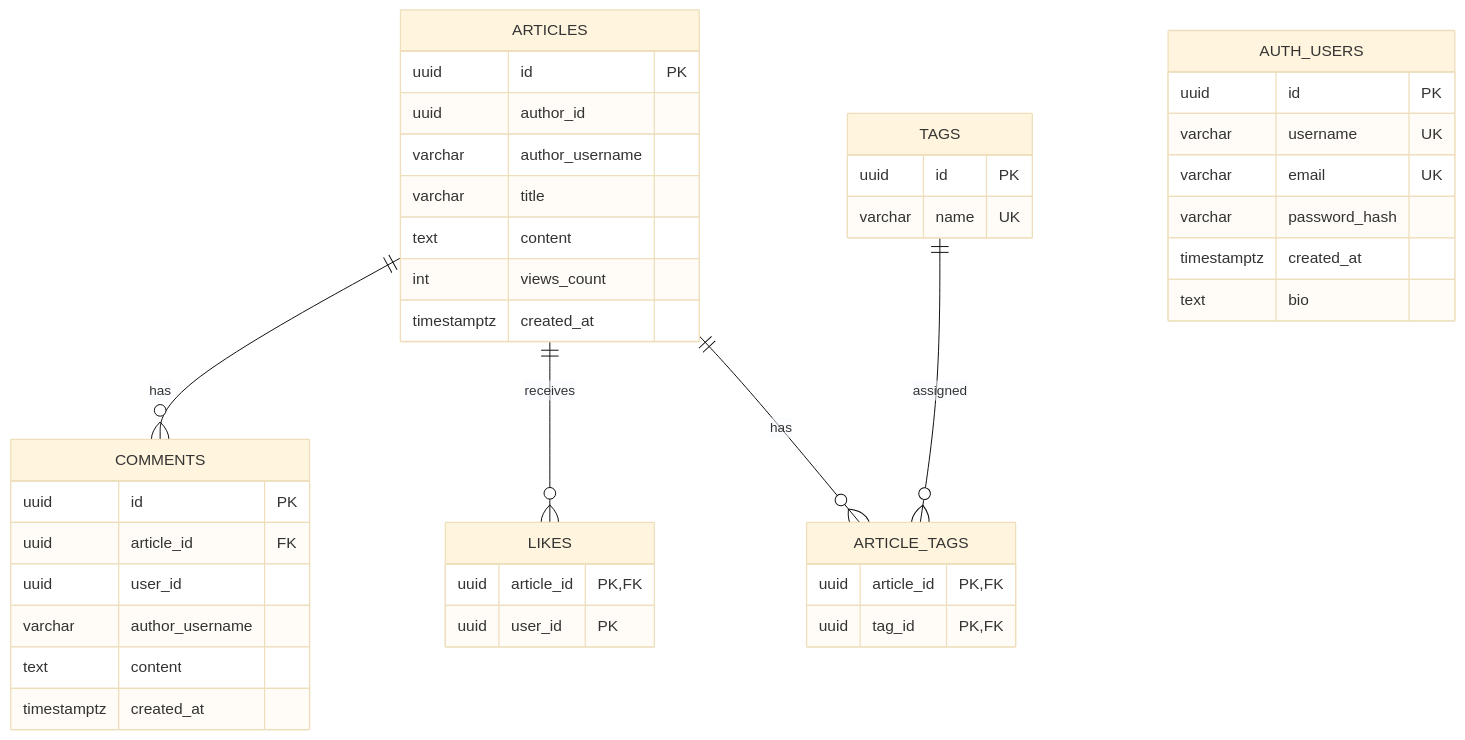
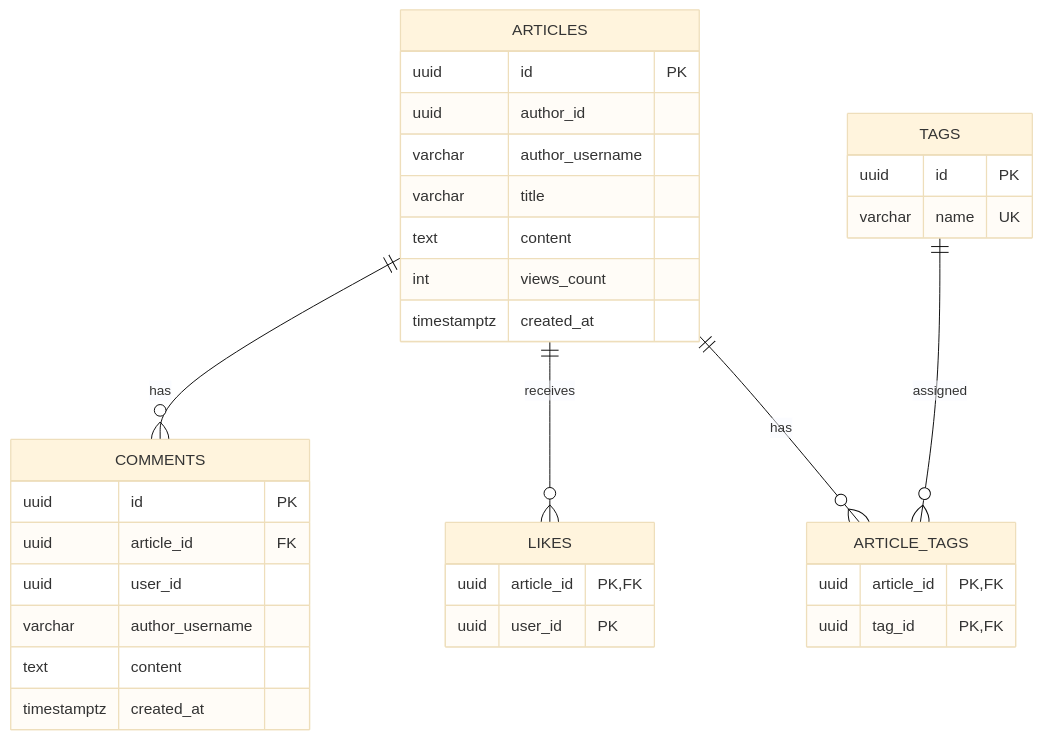
One commit to lya122221/Blog-Backend changed the third of 3 diagrams in README.md. Above: the diagram before and after it, drawn with Mermaid (base theme). The commit also changed other lines of this file, not shown here.

````diff
--- a/README.md
+++ b/README.md
@@ -77,45 +145,37 @@
 ```mermaid
 erDiagram
     ARTICLES ||--o{ COMMENTS : has
     ARTICLES ||--o{ LIKES : receives
     ARTICLES ||--o{ ARTICLE_TAGS : has
     TAGS ||--o{ ARTICLE_TAGS : assigned
 
-    AUTH_USERS {
-        uuid id PK
-        varchar username UK
-        varchar email UK
-        varchar password_hash
-        timestamptz created_at
-        text bio
-    }
     ARTICLES {
         uuid id PK
         uuid author_id
         varchar author_username
         varchar title
         text content
         int views_count
         timestamptz created_at
     }
     TAGS {
         uuid id PK
         varchar name UK
     }
     ARTICLE_TAGS {
         uuid article_id PK, FK
         uuid tag_id PK, FK
     }
     COMMENTS {
         uuid id PK
         uuid article_id FK
         uuid user_id
         varchar author_username
         text content
         timestamptz created_at
     }
     LIKES {
         uuid article_id PK, FK
         uuid user_id PK
     }
 ```
````
